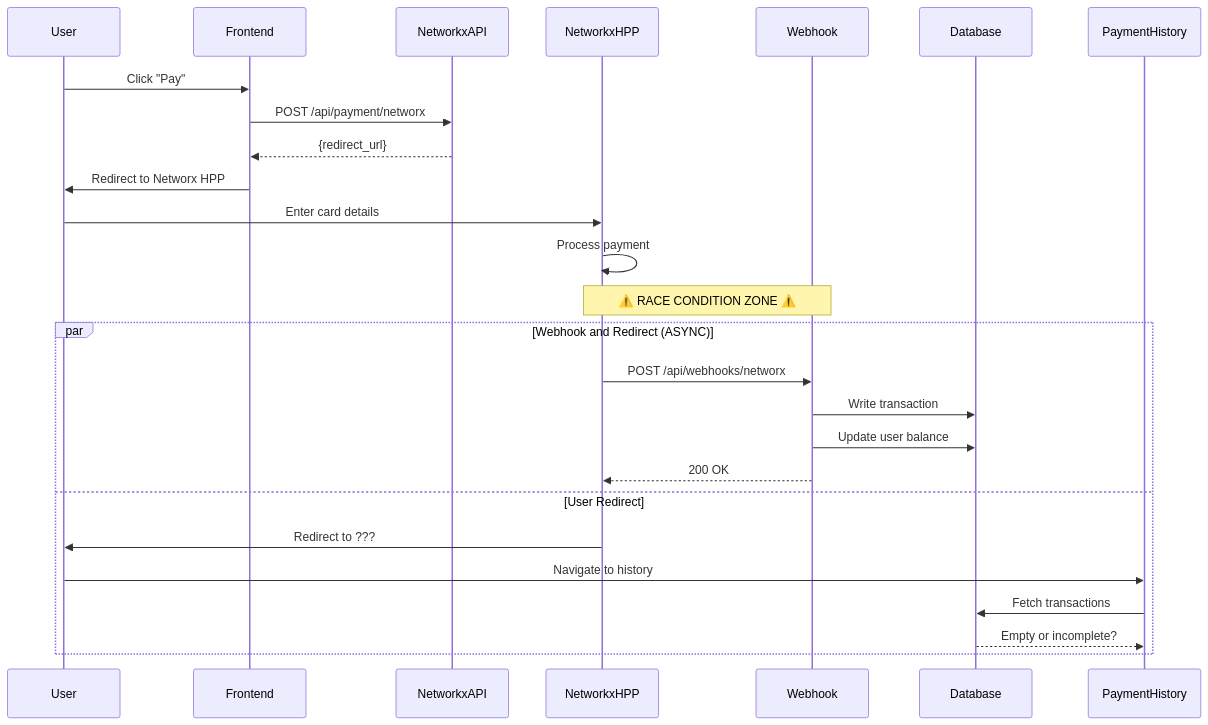
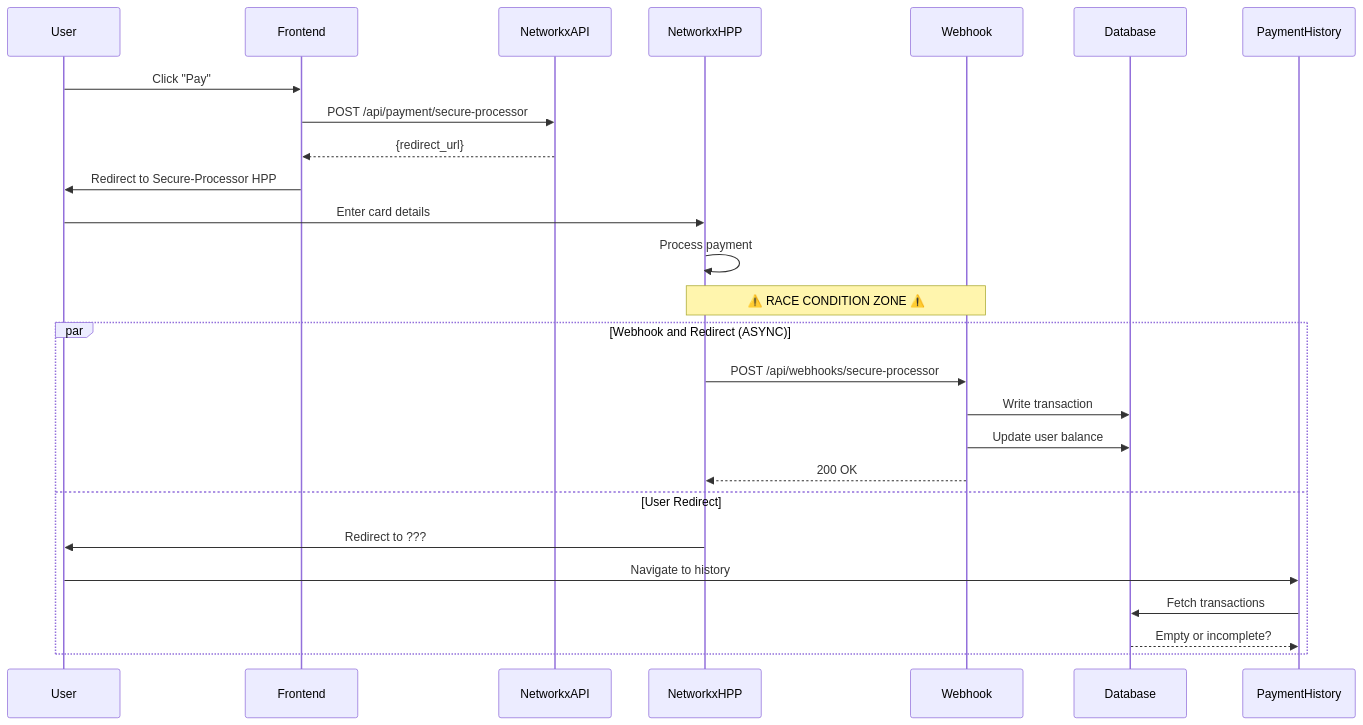
The diagram in PAYMENT_REDIRECT_INVESTIGATION.md (vanya-vasya/website-4-bird), drawn with Mermaid before and after one commit. The commit also changed other lines of this file and 61 other files, not shown here.

Commit message:
Replace "networx" with "secure-processor" across codebase

````diff
--- a/PAYMENT_REDIRECT_INVESTIGATION.md
+++ b/PAYMENT_REDIRECT_INVESTIGATION.md
@@ -198,31 +198,31 @@
 ```mermaid
 sequenceDiagram
     participant User
     participant Frontend
     participant NetworkxAPI
     participant NetworkxHPP
     participant Webhook
     participant Database
     participant PaymentHistory
 
     User->>Frontend: Click "Pay"
-    Frontend->>NetworkxAPI: POST /api/payment/networx
+    Frontend->>NetworkxAPI: POST /api/payment/secure-processor
     NetworkxAPI-->>Frontend: {redirect_url}
-    Frontend->>User: Redirect to Networx HPP
+    Frontend->>User: Redirect to Secure-Processor HPP
     User->>NetworkxHPP: Enter card details
     NetworkxHPP->>NetworkxHPP: Process payment
     
     Note over NetworkxHPP,Webhook: ⚠️ RACE CONDITION ZONE ⚠️
     
     par Webhook and Redirect (ASYNC)
-        NetworkxHPP->>Webhook: POST /api/webhooks/networx
+        NetworkxHPP->>Webhook: POST /api/webhooks/secure-processor
         Webhook->>Database: Write transaction
         Webhook->>Database: Update user balance
         Webhook-->>NetworkxHPP: 200 OK
     and User Redirect
         NetworkxHPP->>User: Redirect to ???
         User->>PaymentHistory: Navigate to history
         PaymentHistory->>Database: Fetch transactions
         Database-->>PaymentHistory: Empty or incomplete?
     end
 ```
````
